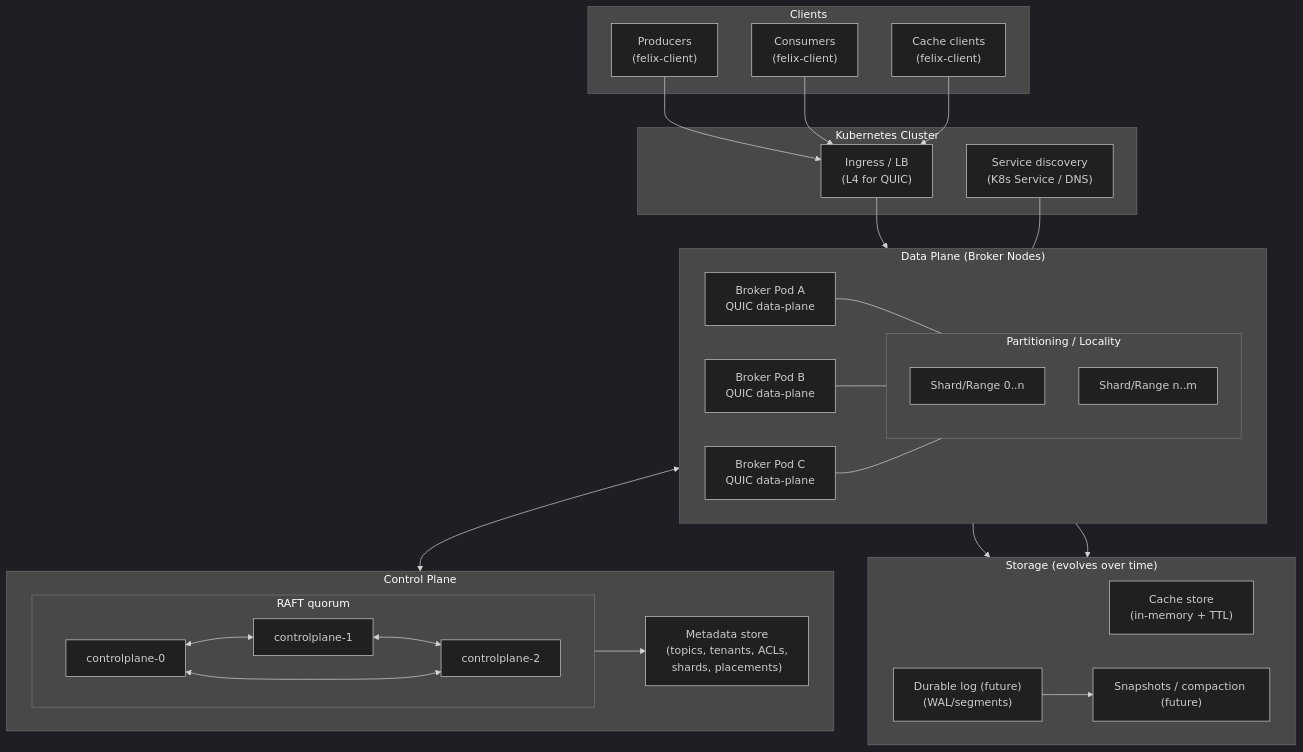
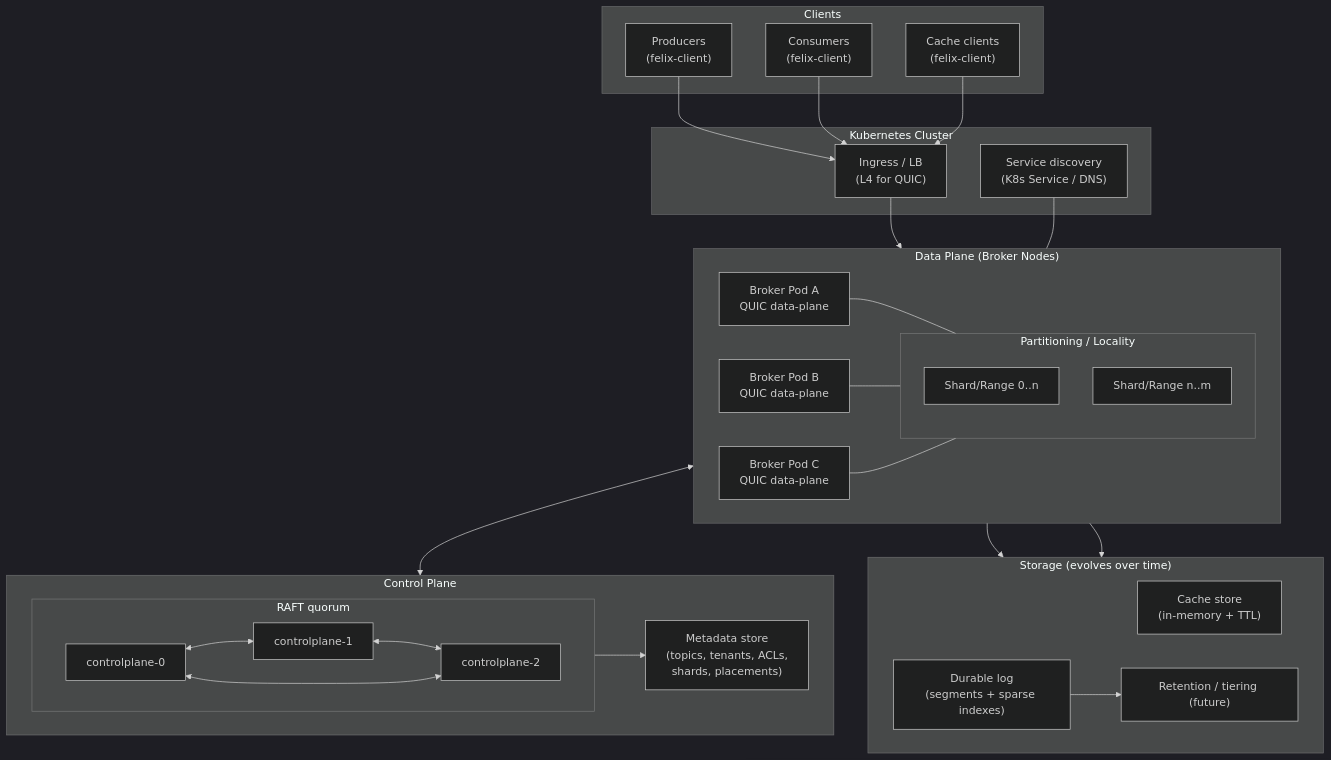
Before and after one commit to gabloe/felix: the first of 2 diagrams in docs/architecture.md, drawn with Mermaid (dark theme). The commit also changed other lines of this file and 61 other files, not shown here.

First line of the commit message:
M1: durable single-node log (#173)

````diff
--- a/docs/architecture.md
+++ b/docs/architecture.md
@@ -169,72 +183,72 @@
 ```mermaid
 flowchart TB
   %% ---------- Clients ----------
   subgraph Clients["Clients"]
     C1["Producers<br/>(felix-client)"]
     C2["Consumers<br/>(felix-client)"]
     C3["Cache clients<br/>(felix-client)"]
   end
 
   %% ---------- Kubernetes / Edge ----------
   subgraph K8s["Kubernetes Cluster"]
     Ingress["Ingress / LB<br/>(L4 for QUIC)"]
     DNS["Service discovery<br/>(K8s Service / DNS)"]
   end
 
   C1 --> Ingress
   C2 --> Ingress
   C3 --> Ingress
 
   %% ---------- Data Plane ----------
   subgraph DP["Data Plane (Broker Nodes)"]
     direction LR
     B1["Broker Pod A<br/>QUIC data-plane"]
     B2["Broker Pod B<br/>QUIC data-plane"]
     B3["Broker Pod C<br/>QUIC data-plane"]
 
     subgraph Shards["Partitioning / Locality"]
       R1["Shard/Range 0..n"]
       R2["Shard/Range n..m"]
     end
 
     B1 --- Shards
     B2 --- Shards
     B3 --- Shards
   end
 
   Ingress --> DP
   DNS --- DP
 
   %% ---------- Control Plane ----------
   subgraph CONTROLPLANE["Control Plane"]
     direction LR
     CONTROLPLANE1["controlplane-0"]
     CONTROLPLANE2["controlplane-1"]
     CONTROLPLANE3["controlplane-2"]
 
     subgraph Raft["RAFT quorum"]
       direction LR
       CONTROLPLANE1 <--> CONTROLPLANE2
       CONTROLPLANE2 <--> CONTROLPLANE3
       CONTROLPLANE1 <--> CONTROLPLANE3
     end
 
     Meta["Metadata store<br/>(topics, tenants, ACLs,<br/>shards, placements)"]
     Raft --> Meta
   end
 
   %% ---------- Storage ----------
   subgraph Storage["Storage (evolves over time)"]
     direction LR
     CacheStore["Cache store<br/>(in-memory + TTL)"]
-    LogStore["Durable log (future)<br/>(WAL/segments)"]
-    Snapshots["Snapshots / compaction (future)"]
+    LogStore["Durable log<br/>(segments + sparse indexes)"]
+    Snapshots["Retention / tiering (future)"]
     LogStore --> Snapshots
   end
 
   %% ---------- Wiring ----------
   DP <--> CONTROLPLANE
   DP --> CacheStore
   DP --> LogStore
 
 ```
````
